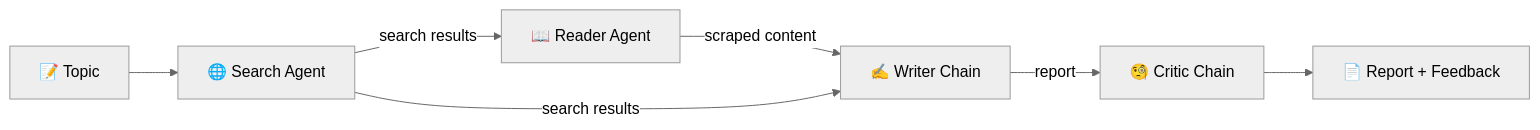
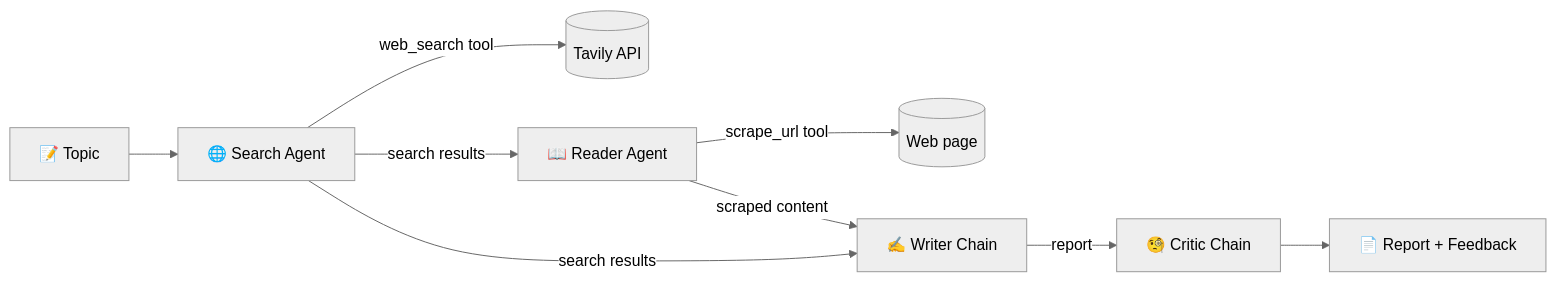
The diagram in README.md (beavon-code/Multi-Agent-Research-System), drawn with Mermaid (neutral theme) before and after one commit. The commit also changed other lines of this file, not shown here.

````diff
--- a/README.md
+++ b/README.md
@@ -23,9 +39,11 @@
 ```mermaid
 flowchart LR
     A[📝 Topic] --> B[🌐 Search Agent]
+    B -- web_search tool --> T[(Tavily API)]
     B -->|search results| C[📖 Reader Agent]
+    C -- scrape_url tool --> W[(Web page)]
     C -->|scraped content| D[✍️ Writer Chain]
     B -->|search results| D
     D -->|report| E[🧐 Critic Chain]
     E --> F[📄 Report + Feedback]
 ```
````
